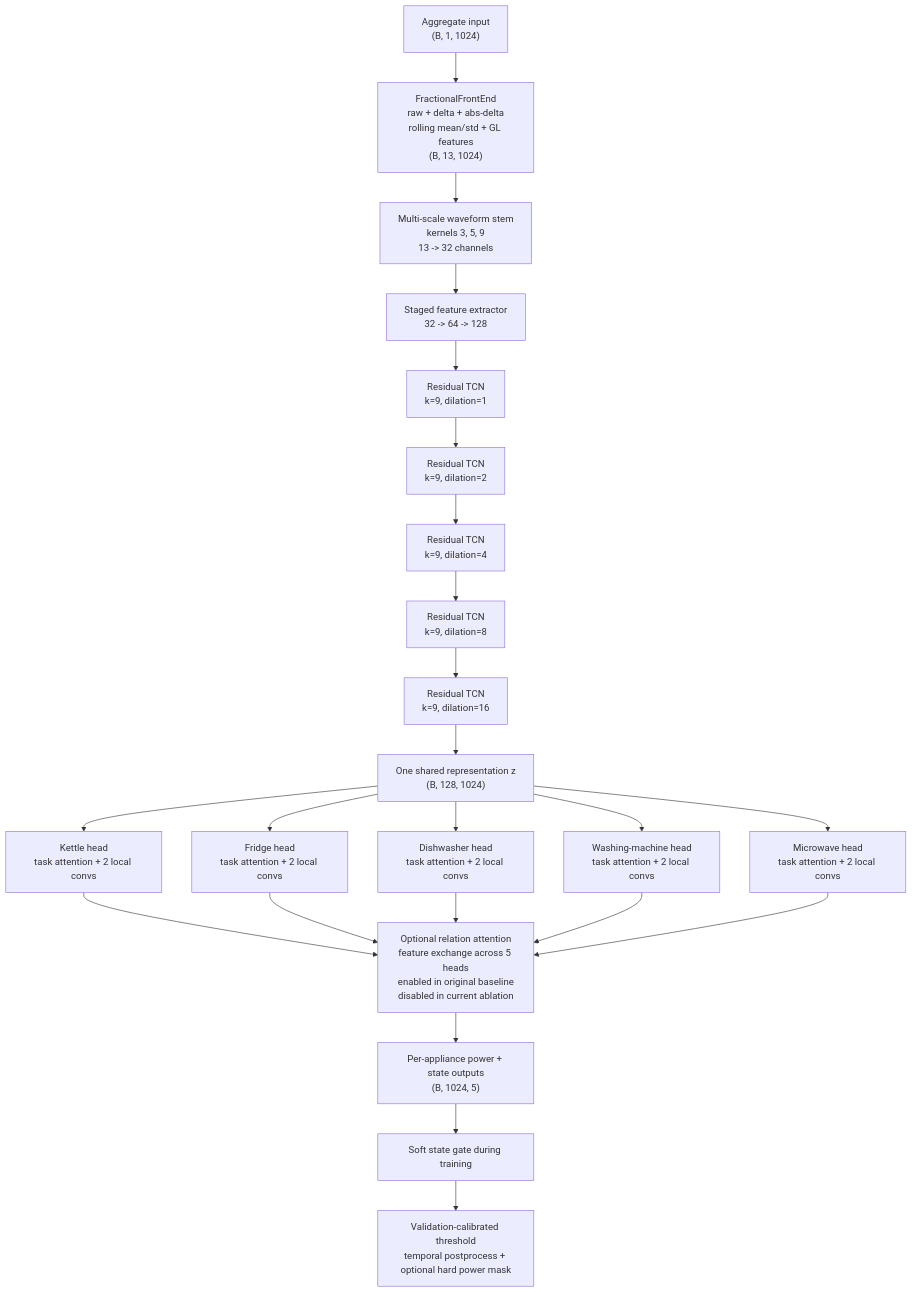
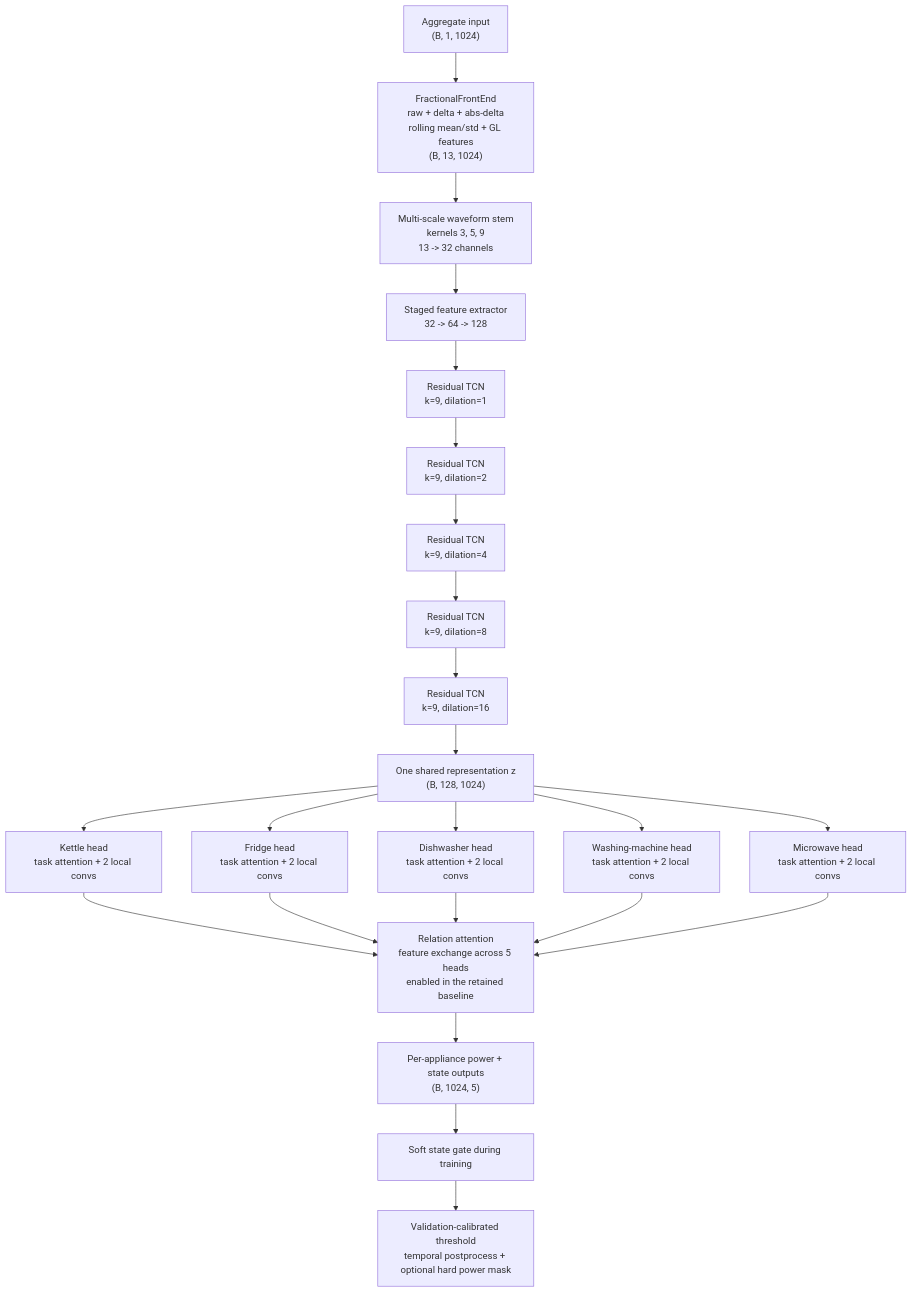
The third of 7 diagrams in multi_appliances_NILM/docs/multinilm_dual_expert_architecture_proposal.md (rtie2002/high_low_freq_NILM), drawn with Mermaid before and after one commit. The commit also changed other lines of this file and 5 other files, not shown here.

````diff
--- a/multi_appliances_NILM/docs/multinilm_dual_expert_architecture_proposal.md
+++ b/multi_appliances_NILM/docs/multinilm_dual_expert_architecture_proposal.md
@@ -48,42 +93,42 @@
 ```mermaid
 flowchart TB
     X["Aggregate input<br/>(B, 1, 1024)"]
 
     FE["FractionalFrontEnd<br/>raw + delta + abs-delta<br/>rolling mean/std + GL features<br/>(B, 13, 1024)"]
 
     MS["Multi-scale waveform stem<br/>kernels 3, 5, 9<br/>13 -> 32 channels"]
     ST["Staged feature extractor<br/>32 -> 64 -> 128"]
 
     T1["Residual TCN<br/>k=9, dilation=1"]
     T2["Residual TCN<br/>k=9, dilation=2"]
     T3["Residual TCN<br/>k=9, dilation=4"]
     T4["Residual TCN<br/>k=9, dilation=8"]
     T5["Residual TCN<br/>k=9, dilation=16"]
 
     Z["One shared representation z<br/>(B, 128, 1024)"]
 
     K["Kettle head<br/>task attention + 2 local convs"]
     F["Fridge head<br/>task attention + 2 local convs"]
     D["Dishwasher head<br/>task attention + 2 local convs"]
     W["Washing-machine head<br/>task attention + 2 local convs"]
     M["Microwave head<br/>task attention + 2 local convs"]
 
-    R["Optional relation attention<br/>feature exchange across 5 heads<br/>enabled in original baseline<br/>disabled in current ablation"]
+    R["Relation attention<br/>feature exchange across 5 heads<br/>enabled in the retained baseline"]
 
     O["Per-appliance power + state outputs<br/>(B, 1024, 5)"]
     G["Soft state gate during training"]
     P["Validation-calibrated threshold<br/>temporal postprocess + optional hard power mask"]
 
     X --> FE --> MS --> ST --> T1 --> T2 --> T3 --> T4 --> T5 --> Z
     Z --> K
     Z --> F
     Z --> D
     Z --> W
     Z --> M
     K --> R
     F --> R
     D --> R
     W --> R
     M --> R
     R --> O --> G --> P
 ```
````
